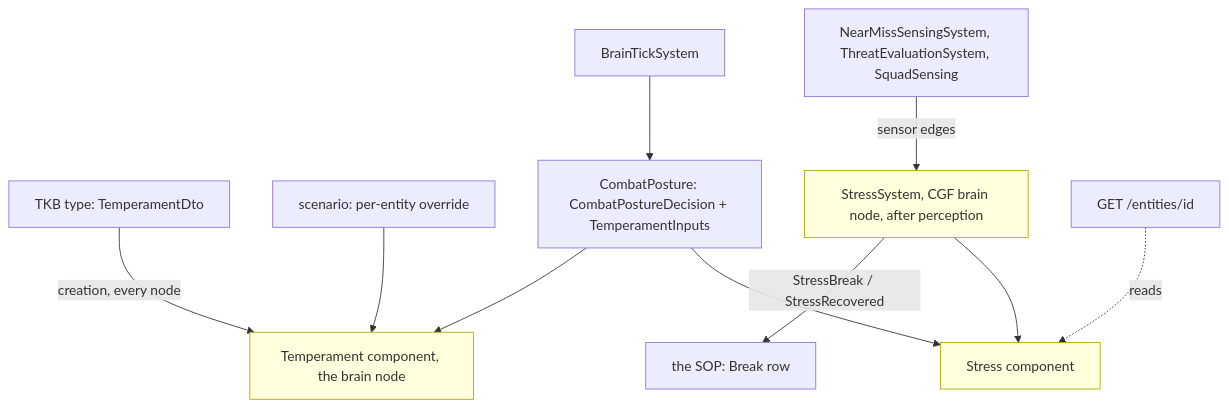
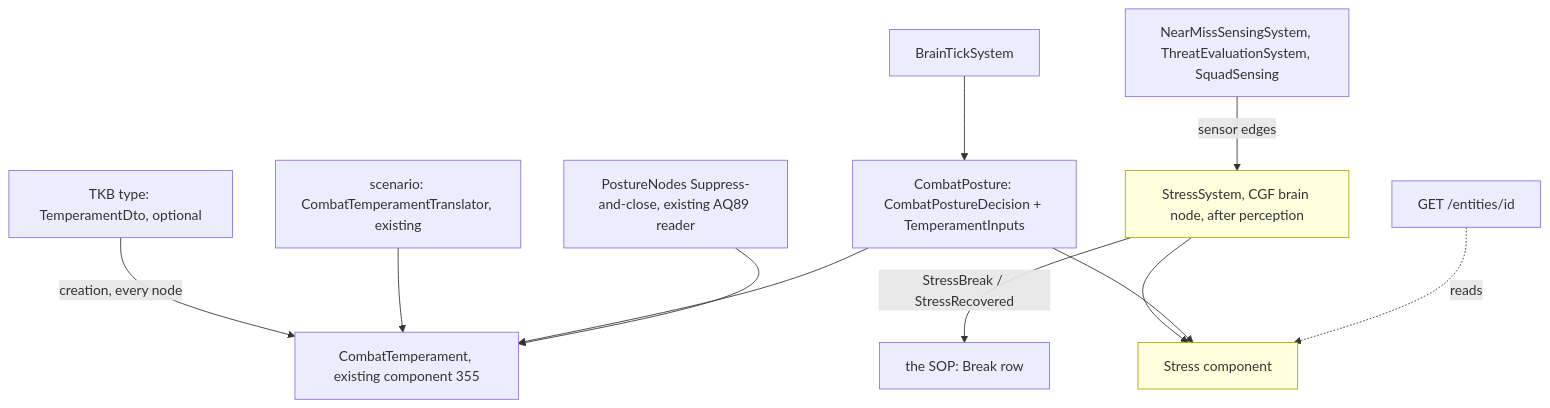
The third of 3 diagrams in docs/DESIGN_Temperament_And_Stress.md (pjanec/HROT), drawn with Mermaid before and after one commit. The commit also changed other lines of this file and 6 other files, not shown here.

First line of the commit message:
docs(behaviors): temperament merged into the existing AQ89 CombatTemperament (R-2034)

````diff
--- a/docs/DESIGN_Temperament_And_Stress.md
+++ b/docs/DESIGN_Temperament_And_Stress.md
@@ -99,16 +105,16 @@
 ```mermaid
 graph TD
-  TKB[TKB type: TemperamentDto] -->|creation, every node| TMP[Temperament component, the brain node]
-  SCN[scenario: per-entity override] --> TMP
+  TKB[TKB type: TemperamentDto, optional] -->|creation, every node| TMP[CombatTemperament, existing component 355]
+  SCN[scenario: CombatTemperamentTranslator, existing] --> TMP
   PER[NearMissSensingSystem, ThreatEvaluationSystem, SquadSensing] -->|sensor edges| STR[StressSystem, CGF brain node, after perception]
   STR --> SC[Stress component]
   BT[BrainTickSystem] --> CP[CombatPosture: CombatPostureDecision + TemperamentInputs]
   CP --> SC
   CP --> TMP
+  AQ[PostureNodes Suppress-and-close, existing AQ89 reader] --> TMP
   STR -->|StressBreak / StressRecovered| SOP[the SOP: Break row]
   HTTP[GET /entities/id] -.->|reads| SC
   classDef new fill:#ffd,stroke:#aa0
   STR:::new
-  TMP:::new
   SC:::new
 ```
````
